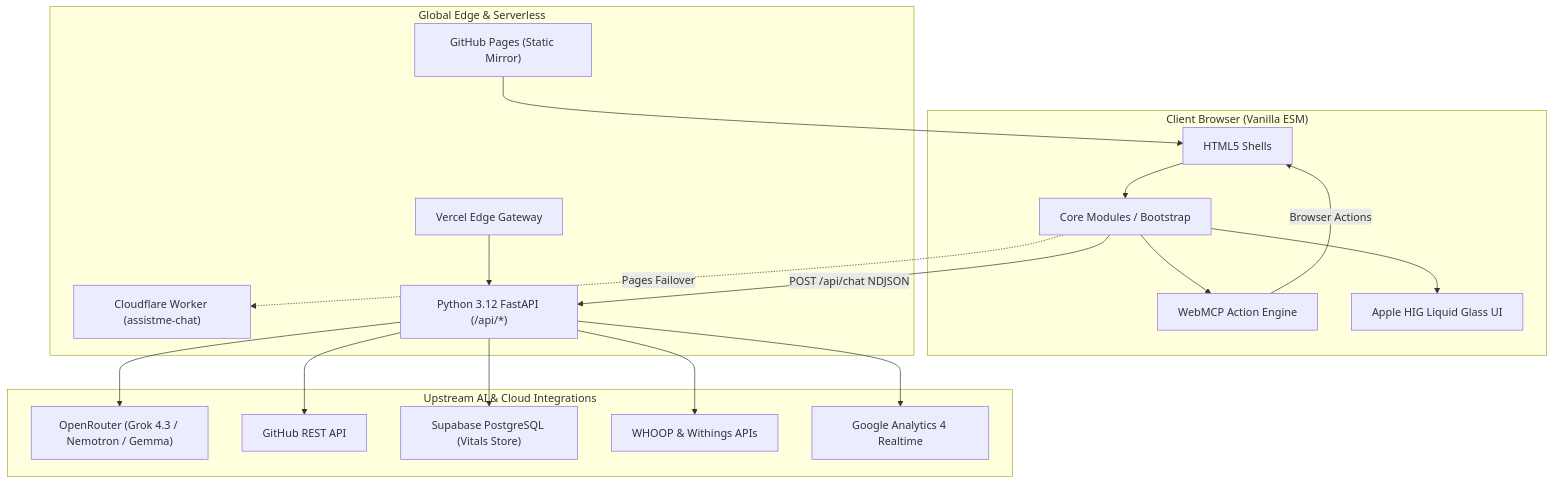
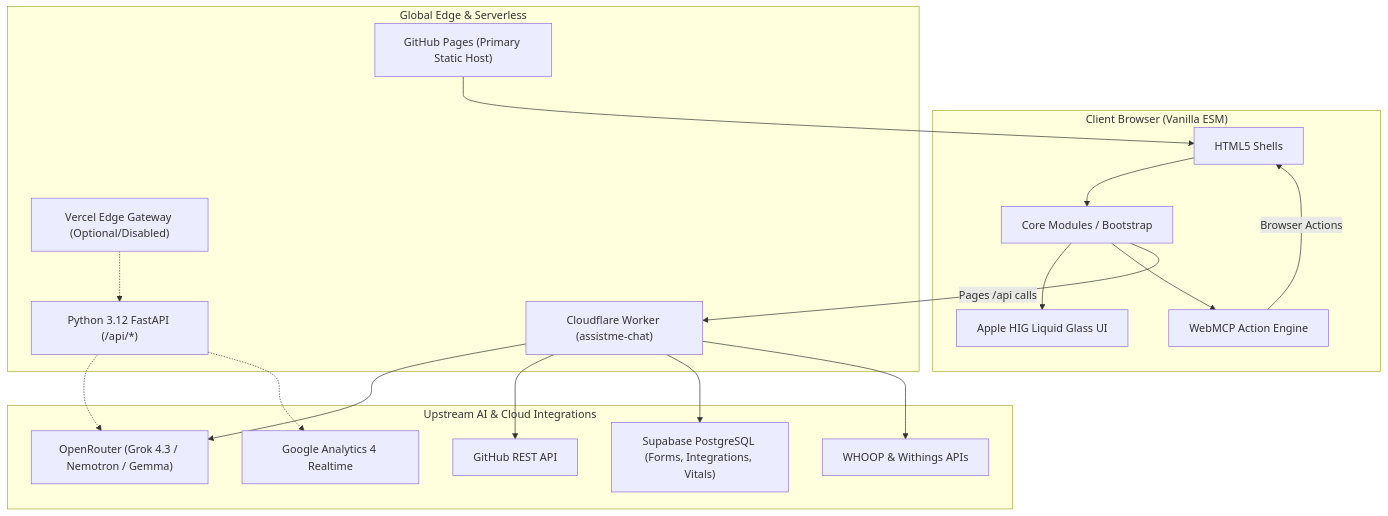
The diagram in README.md (mangeshraut712/mangeshrautarchive), drawn with Mermaid before and after one commit. The commit also changed other lines of this file and 4 other files, not shown here.

````diff
--- a/README.md
+++ b/README.md
@@ -129,37 +129,37 @@
 ```mermaid
 flowchart TD
   subgraph Client ["Client Browser (Vanilla ESM)"]
     DOM[HTML5 Shells]
     JS[Core Modules / Bootstrap]
     MCP[WebMCP Action Engine]
     UI[Apple HIG Liquid Glass UI]
   end
 
   subgraph Edge ["Global Edge & Serverless"]
-    Pages["GitHub Pages (Static Mirror)"]
-    Vercel["Vercel Edge Gateway"]
+    Pages["GitHub Pages (Primary Static Host)"]
+    Vercel["Vercel Edge Gateway (Optional/Disabled)"]
     Worker["Cloudflare Worker (assistme-chat)"]
     FastAPI["Python 3.12 FastAPI (/api/*)"]
   end
 
   subgraph Upstream ["Upstream AI & Cloud Integrations"]
     OR["OpenRouter (Grok 4.3 / Nemotron / Gemma)"]
     GH["GitHub REST API"]
-    Supa["Supabase PostgreSQL (Vitals Store)"]
+    Supa["Supabase PostgreSQL (Forms, Integrations, Vitals)"]
     WHOOP["WHOOP & Withings APIs"]
     GA4["Google Analytics 4 Realtime"]
   end
 
   DOM --> JS --> UI
   JS --> MCP
   MCP -->|Browser Actions| DOM
-  JS -->|POST /api/chat NDJSON| FastAPI
-  JS -.->|Pages Failover| Worker
-  FastAPI --> OR
-  FastAPI --> GH
-  FastAPI --> Supa
-  FastAPI --> WHOOP
-  FastAPI --> GA4
+  JS -->|Pages /api calls| Worker
+  Worker --> OR
+  Worker --> GH
+  Worker --> Supa
+  Worker --> WHOOP
+  Vercel -.-> FastAPI
+  FastAPI -.-> OR
+  FastAPI -.-> GA4
   Pages --> DOM
-  Vercel --> FastAPI
 ```
````
